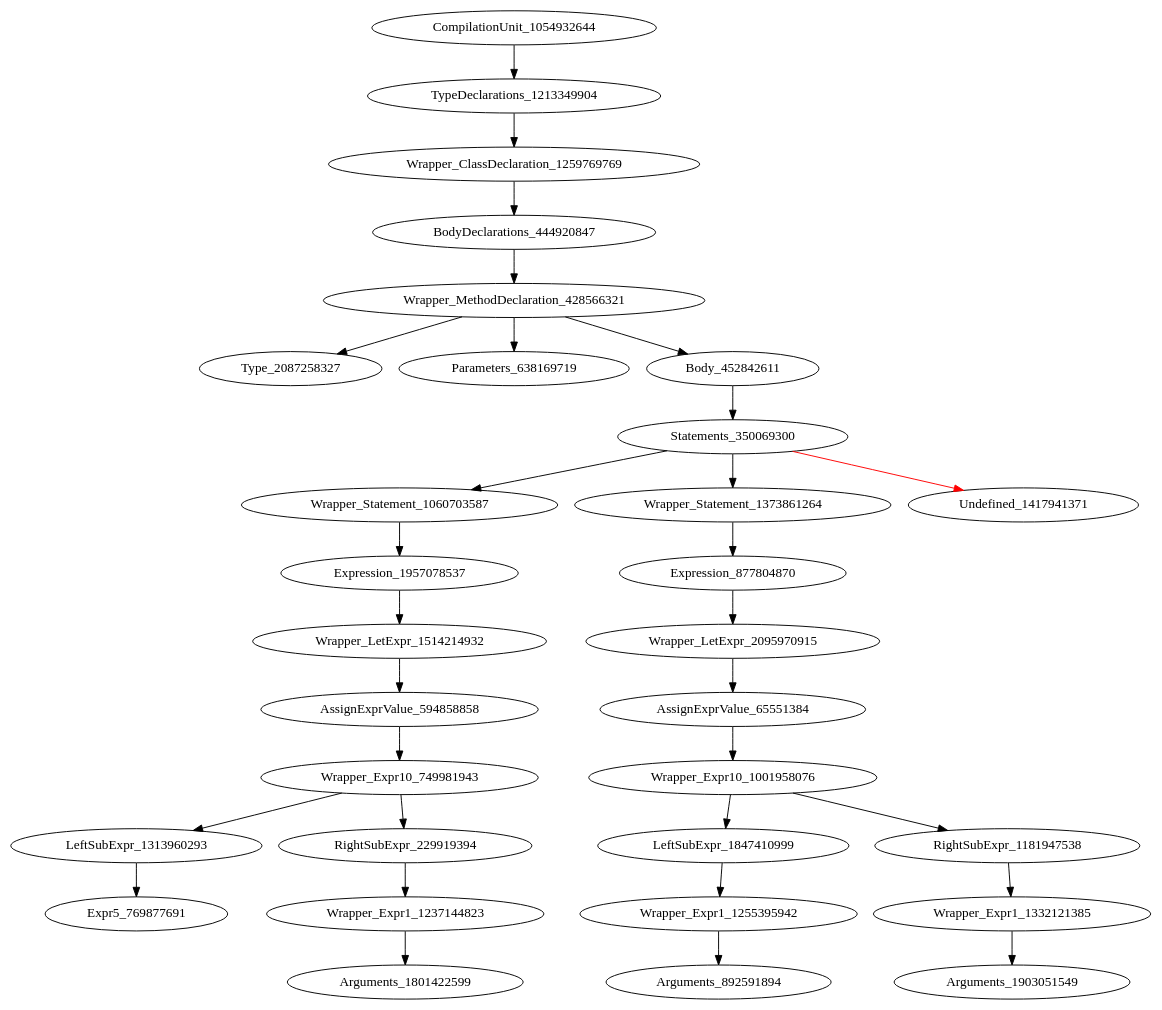
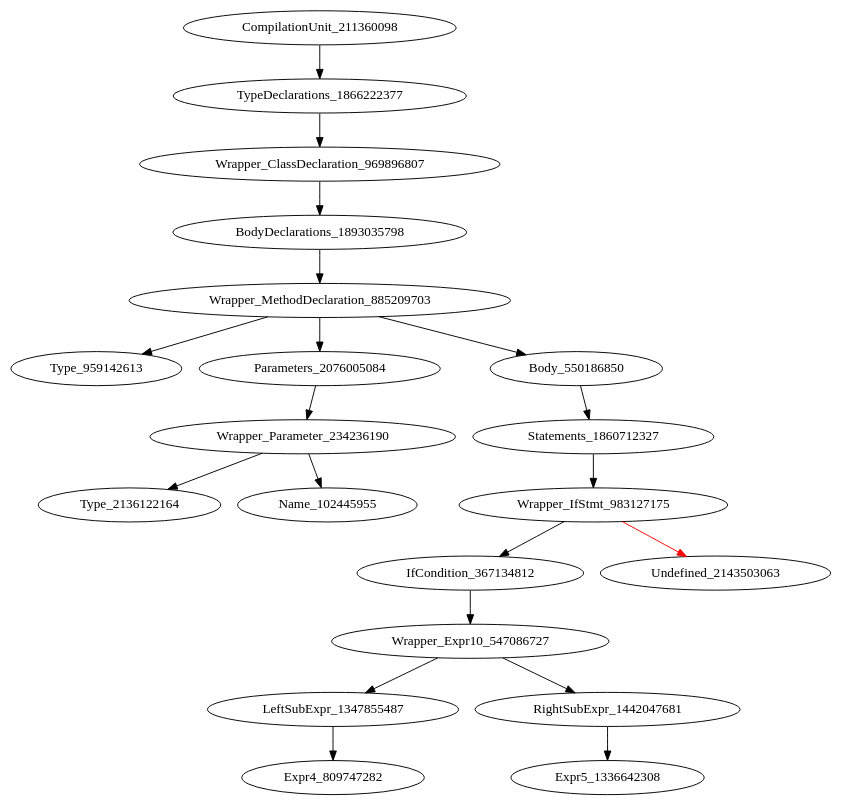
The diagram in holeAST.dot (icse2023material/VoiceJava), drawn with Graphviz before and after one commit. The commit also changed 17 other files, not shown here.

```diff
--- a/holeAST.dot
+++ b/holeAST.dot
@@ -1,32 +1,21 @@
 digraph {
-CompilationUnit_1054932644 -> TypeDeclarations_1213349904
-TypeDeclarations_1213349904 -> Wrapper_ClassDeclaration_1259769769
-Wrapper_ClassDeclaration_1259769769 -> BodyDeclarations_444920847
-BodyDeclarations_444920847 -> Wrapper_MethodDeclaration_428566321
-Wrapper_MethodDeclaration_428566321 -> Type_2087258327
-Wrapper_MethodDeclaration_428566321 -> Parameters_638169719
-Wrapper_MethodDeclaration_428566321 -> Body_452842611
-Body_452842611 -> Statements_350069300
-Statements_350069300 -> Wrapper_Statement_1060703587
-Statements_350069300 -> Wrapper_Statement_1373861264
-Statements_350069300 -> Undefined_1417941371 [color = red] 
-Wrapper_Statement_1060703587 -> Expression_1957078537
-Wrapper_Statement_1373861264 -> Expression_877804870
-Expression_1957078537 -> Wrapper_LetExpr_1514214932
-Expression_877804870 -> Wrapper_LetExpr_2095970915
-Wrapper_LetExpr_1514214932 -> AssignExprValue_594858858
-Wrapper_LetExpr_2095970915 -> AssignExprValue_65551384
-AssignExprValue_594858858 -> Wrapper_Expr10_749981943
-AssignExprValue_65551384 -> Wrapper_Expr10_1001958076
-Wrapper_Expr10_749981943 -> LeftSubExpr_1313960293
-Wrapper_Expr10_749981943 -> RightSubExpr_229919394
-Wrapper_Expr10_1001958076 -> LeftSubExpr_1847410999
-Wrapper_Expr10_1001958076 -> RightSubExpr_1181947538
-LeftSubExpr_1313960293 -> Expr5_769877691
-RightSubExpr_229919394 -> Wrapper_Expr1_1237144823
-LeftSubExpr_1847410999 -> Wrapper_Expr1_1255395942
-RightSubExpr_1181947538 -> Wrapper_Expr1_1332121385
-Wrapper_Expr1_1237144823 -> Arguments_1801422599
-Wrapper_Expr1_1255395942 -> Arguments_892591894
-Wrapper_Expr1_1332121385 -> Arguments_1903051549
+CompilationUnit_211360098 -> TypeDeclarations_1866222377
+TypeDeclarations_1866222377 -> Wrapper_ClassDeclaration_969896807
+Wrapper_ClassDeclaration_969896807 -> BodyDeclarations_1893035798
+BodyDeclarations_1893035798 -> Wrapper_MethodDeclaration_885209703
+Wrapper_MethodDeclaration_885209703 -> Type_959142613
+Wrapper_MethodDeclaration_885209703 -> Parameters_2076005084
+Wrapper_MethodDeclaration_885209703 -> Body_550186850
+Parameters_2076005084 -> Wrapper_Parameter_234236190
+Body_550186850 -> Statements_1860712327
+Wrapper_Parameter_234236190 -> Type_2136122164
+Wrapper_Parameter_234236190 -> Name_102445955
+Statements_1860712327 -> Wrapper_IfStmt_983127175
+Wrapper_IfStmt_983127175 -> IfCondition_367134812
+Wrapper_IfStmt_983127175 -> Undefined_2143503063 [color = red] 
+IfCondition_367134812 -> Wrapper_Expr10_547086727
+Wrapper_Expr10_547086727 -> LeftSubExpr_1347855487
+Wrapper_Expr10_547086727 -> RightSubExpr_1442047681
+LeftSubExpr_1347855487 -> Expr4_809747282
+RightSubExpr_1442047681 -> Expr5_1336642308
 }
```
